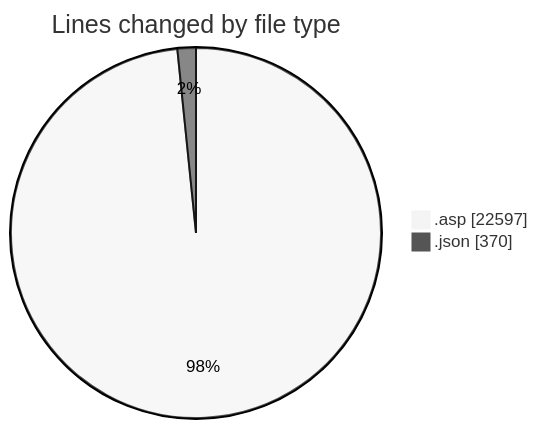
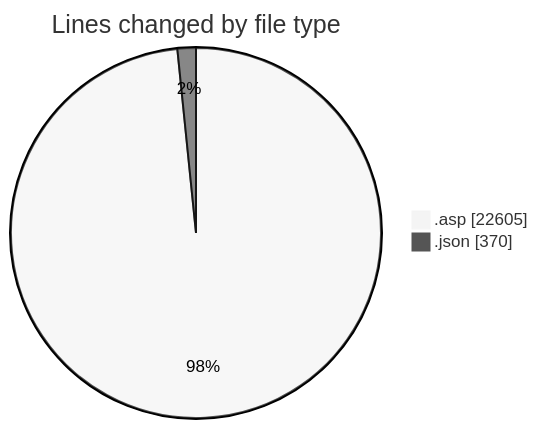
One commit to julien-gomy/code-tracking changed the first of 2 diagrams in 2025-11-01/cdp_aleoudev_fr__workspace_/README.md. Above: the diagram before and after it, drawn with Mermaid (neutral theme). The commit also changed other lines of this file and 1 other file, not shown here.

````diff
--- a/2025-11-01/cdp_aleoudev_fr__workspace_/README.md
+++ b/2025-11-01/cdp_aleoudev_fr__workspace_/README.md
@@ -29,6 +29,6 @@
 ```mermaid
 pie showData
 title Lines changed by file type
-".asp" : 22597
+".asp" : 22605
 ".json" : 370
 ```
````
